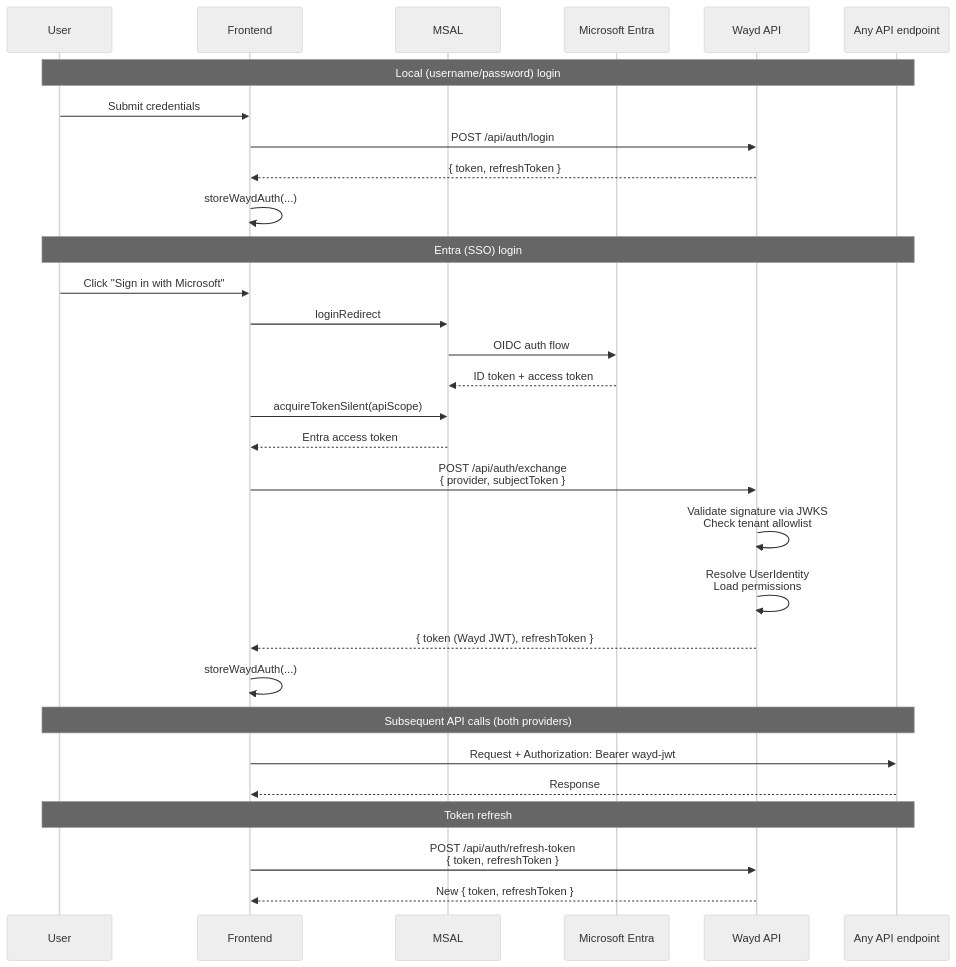
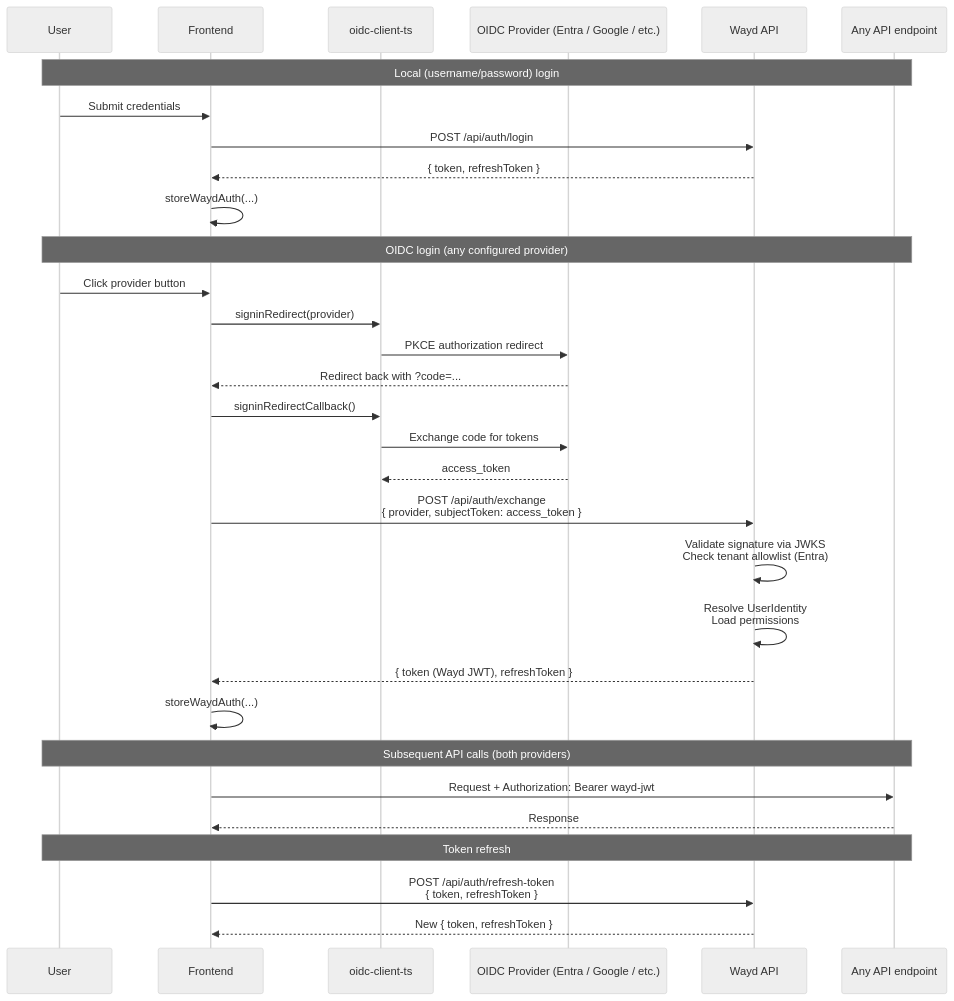
Before and after one commit to destacey/Moda: the first of 2 diagrams in docs/contributing/configuration.mdx, drawn with Mermaid (neutral theme). The commit also changed other lines of this file and 1 other file, not shown here.

First line of the commit message:
Update docs for new OIDC flow and Entra config

````diff
--- a/docs/contributing/configuration.mdx
+++ b/docs/contributing/configuration.mdx
@@ -116,36 +126,37 @@
 ```mermaid
 sequenceDiagram
     participant U as User
     participant F as Frontend
-    participant M as MSAL
-    participant E as Microsoft Entra
+    participant O as oidc-client-ts
+    participant P as OIDC Provider (Entra / Google / etc.)
     participant W as Wayd API
     participant A as Any API endpoint
 
     Note over U,A: Local (username/password) login
     U->>F: Submit credentials
     F->>W: POST /api/auth/login
     W-->>F: { token, refreshToken }
     F->>F: storeWaydAuth(...)
 
-    Note over U,A: Entra (SSO) login
-    U->>F: Click "Sign in with Microsoft"
-    F->>M: loginRedirect
-    M->>E: OIDC auth flow
-    E-->>M: ID token + access token
-    F->>M: acquireTokenSilent(apiScope)
-    M-->>F: Entra access token
-    F->>W: POST /api/auth/exchange<br/>{ provider, subjectToken }
-    W->>W: Validate signature via JWKS<br/>Check tenant allowlist
+    Note over U,A: OIDC login (any configured provider)
+    U->>F: Click provider button
+    F->>O: signinRedirect(provider)
+    O->>P: PKCE authorization redirect
+    P-->>F: Redirect back with ?code=...
+    F->>O: signinRedirectCallback()
+    O->>P: Exchange code for tokens
+    P-->>O: access_token
+    F->>W: POST /api/auth/exchange<br/>{ provider, subjectToken: access_token }
+    W->>W: Validate signature via JWKS<br/>Check tenant allowlist (Entra)
     W->>W: Resolve UserIdentity<br/>Load permissions
     W-->>F: { token (Wayd JWT), refreshToken }
     F->>F: storeWaydAuth(...)
 
     Note over U,A: Subsequent API calls (both providers)
     F->>A: Request + Authorization: Bearer wayd-jwt
     A-->>F: Response
 
     Note over U,A: Token refresh
     F->>W: POST /api/auth/refresh-token<br/>{ token, refreshToken }
     W-->>F: New { token, refreshToken }
 ```
````
